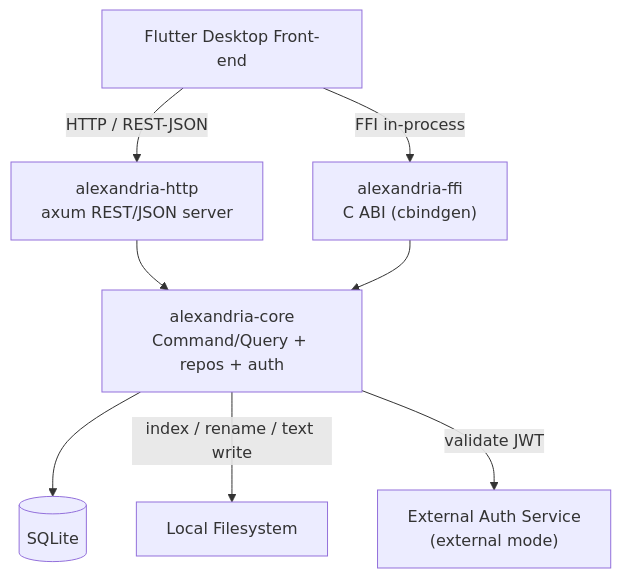
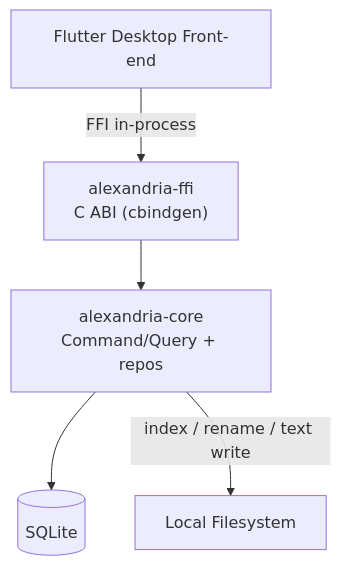
Before and after one commit to artur-rios/alexandria-api: the diagram in README.md, drawn with Mermaid. The commit also changed other lines of this file and 15 other files, not shown here.

````diff
--- a/README.md
+++ b/README.md
@@ -203,18 +194,13 @@
 ```mermaid
 graph TD
     FL["Flutter Desktop Front-end"]
-    HTTP["alexandria-http<br/>axum REST/JSON server"]
     FFI["alexandria-ffi<br/>C ABI (cbindgen)"]
-    CORE["alexandria-core<br/>Command/Query + repos + auth"]
+    CORE["alexandria-core<br/>Command/Query + repos"]
     DB[("SQLite")]
     FS["Local Filesystem"]
-    AUTH["External Auth Service<br/>(external mode)"]
 
-    FL -->|HTTP / REST-JSON| HTTP
     FL -->|FFI in-process| FFI
-    HTTP --> CORE
     FFI --> CORE
     CORE --> DB
     CORE -->|index / rename / text write| FS
-    CORE -->|validate JWT| AUTH
 ```
````
